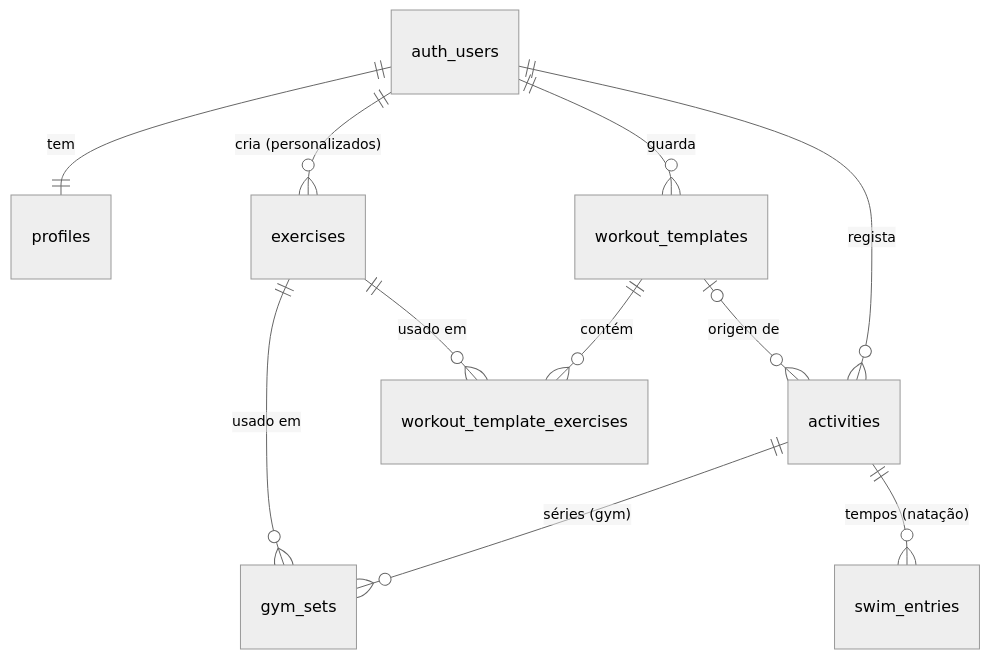
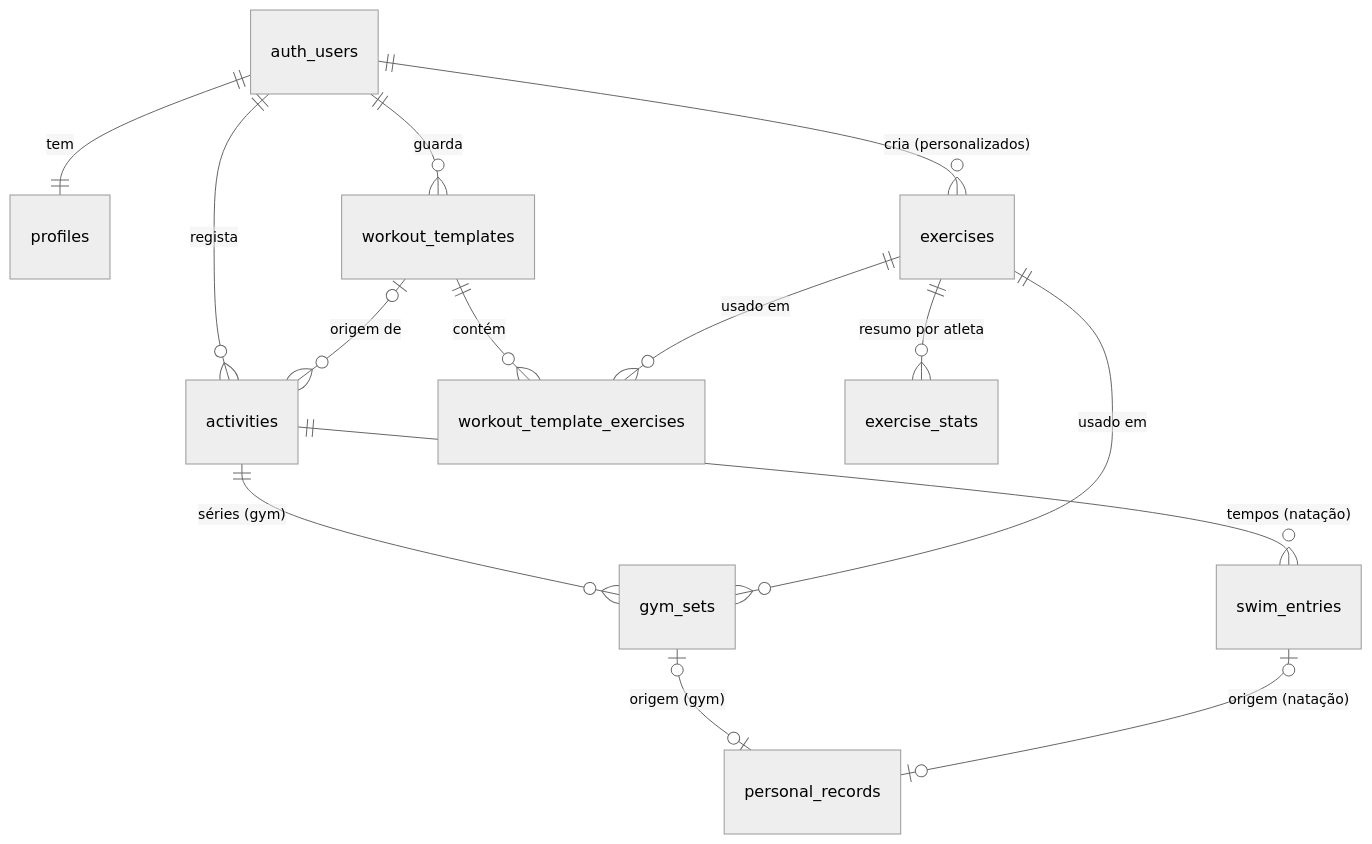
One commit to AndreRodrigues884/treker-app changed the diagram in docs/database.md. Above: the diagram before and after it, drawn with Mermaid (neutral theme). The commit also changed other lines of this file and 17 other files, not shown here.

Commit message:
feat(db): derived personal records and exercise stats

````diff
--- a/docs/database.md
+++ b/docs/database.md
@@ -14,13 +15,16 @@
 ```mermaid
 erDiagram
   auth_users ||--|| profiles : "tem"
   auth_users ||--o{ exercises : "cria (personalizados)"
   auth_users ||--o{ workout_templates : "guarda"
   auth_users ||--o{ activities : "regista"
   workout_templates ||--o{ workout_template_exercises : "contém"
   exercises ||--o{ workout_template_exercises : "usado em"
   workout_templates |o--o{ activities : "origem de"
   activities ||--o{ gym_sets : "séries (gym)"
   activities ||--o{ swim_entries : "tempos (natação)"
   exercises ||--o{ gym_sets : "usado em"
+  gym_sets |o--o| personal_records : "origem (gym)"
+  swim_entries |o--o| personal_records : "origem (natação)"
+  exercises ||--o{ exercise_stats : "resumo por atleta"
 ```
````
